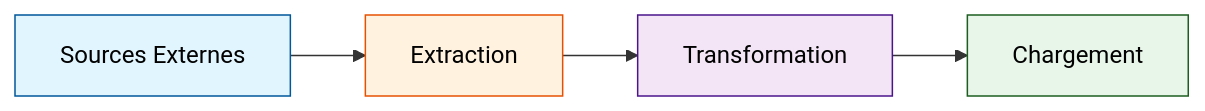
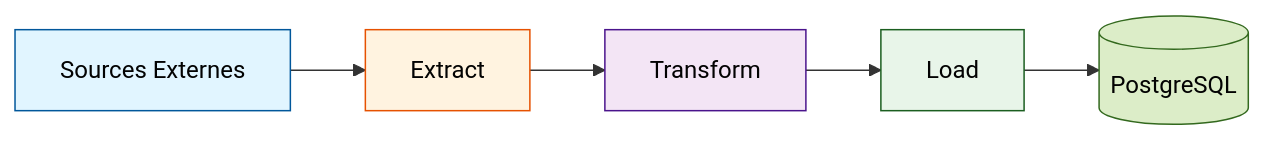
The second of 5 diagrams in docs/02-architecture/ARCHITECTURE.md (Sam-rst/EPSI_M1_MSPR-Groupe_RYMS), drawn with Mermaid before and after one commit. The commit also changed other lines of this file and 21 other files, not shown here.

````diff
--- a/docs/02-architecture/ARCHITECTURE.md
+++ b/docs/02-architecture/ARCHITECTURE.md
@@ -175,11 +79,13 @@
 ```mermaid
 flowchart LR
-    A[Sources Externes] --> B[Extraction]
-    B --> C[Transformation]
-    C --> D[Chargement]
+    A[Sources Externes] --> B[Extract]
+    B --> C[Transform]
+    C --> D[Load]
+    D --> E[(PostgreSQL)]
 
     style A fill:#e1f5ff,stroke:#01579b, color: #020202
     style B fill:#fff3e0,stroke:#e65100, color: #020202
     style C fill:#f3e5f5,stroke:#4a148c, color: #020202
     style D fill:#e8f5e9,stroke:#1b5e20, color: #020202
+    style E fill:#dcedc8,stroke:#33691e, color: #020202
 ```
````
